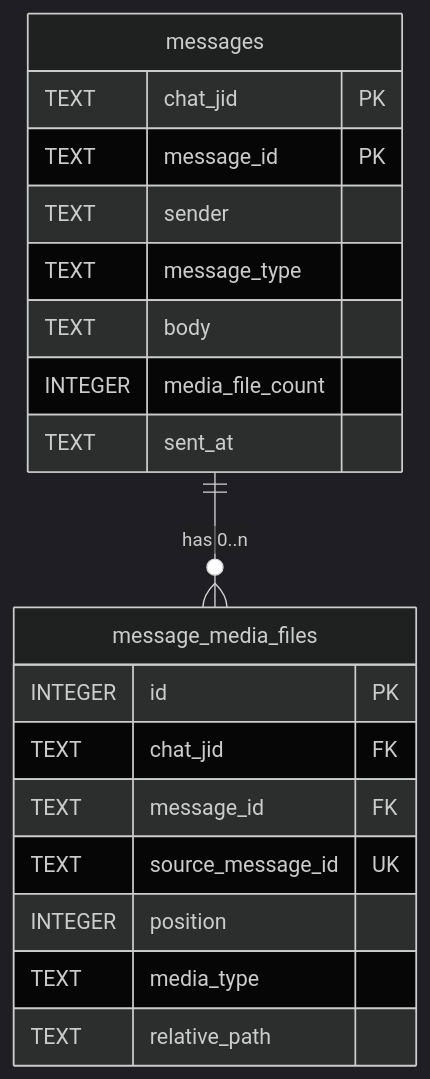
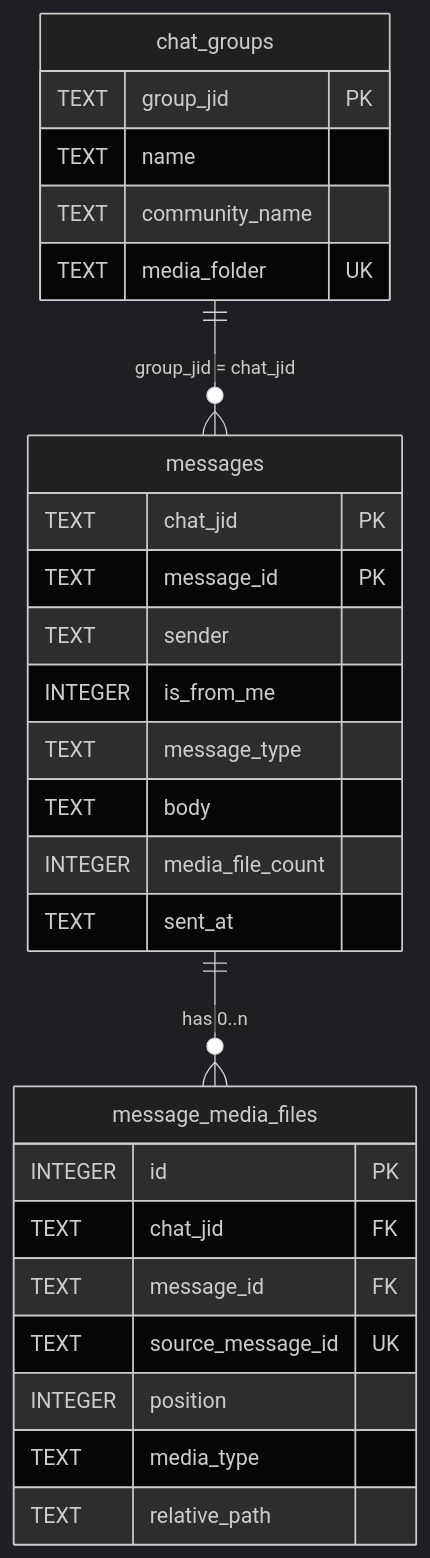
Before and after one commit to tongtianqi777/seth-ingestion: the first of 3 diagrams in docs/DATABASE.md, drawn with Mermaid (dark theme). The commit also changed other lines of this file and 11 other files, not shown here.

First line of the commit message:
Record the Seth community's groups instead of one contact

````diff
--- a/docs/DATABASE.md
+++ b/docs/DATABASE.md
@@ -17,22 +17,30 @@
 ```mermaid
 erDiagram
+    chat_groups ||--o{ messages : "group_jid = chat_jid"
     messages ||--o{ message_media_files : "has 0..n"
+    chat_groups {
+        TEXT group_jid PK
+        TEXT name
+        TEXT community_name
+        TEXT media_folder UK
+    }
     messages {
         TEXT chat_jid PK
         TEXT message_id PK
         TEXT sender
+        INTEGER is_from_me
         TEXT message_type
         TEXT body
         INTEGER media_file_count
         TEXT sent_at
     }
     message_media_files {
         INTEGER id PK
         TEXT chat_jid FK
         TEXT message_id FK
         TEXT source_message_id UK
         INTEGER position
         TEXT media_type
         TEXT relative_path
     }
 ```
````
